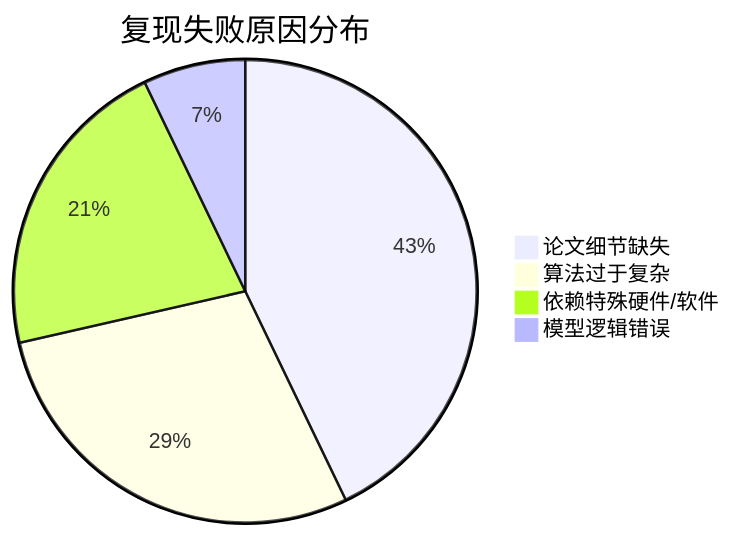
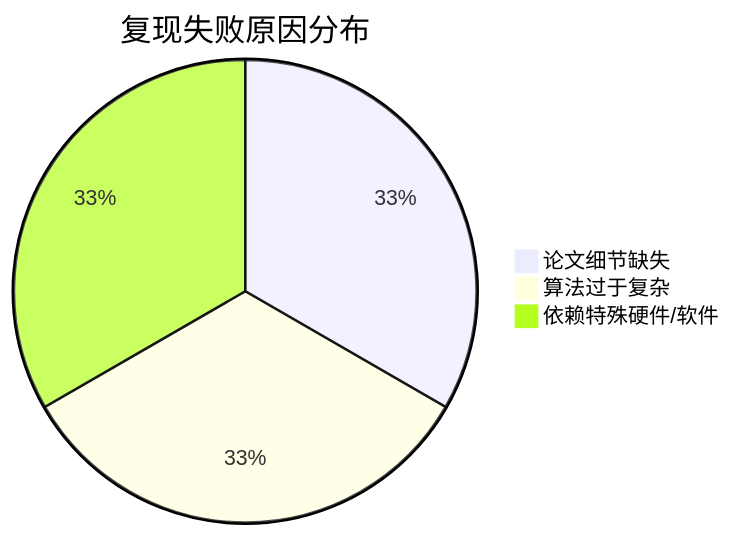
The fourth of 4 diagrams in 项目设计Document毕业论文参考.md (hongshixian/MultiAgentPaperCoder), drawn with Mermaid before and after one commit. The commit also changed other lines of this file, not shown here.

````diff
--- a/项目设计Document毕业论文参考.md
+++ b/项目设计Document毕业论文参考.md
@@ -290,8 +290,7 @@
 ```mermaid
 pie
     title 复现失败原因分布
-    "论文细节缺失" : 6
-    "算法过于复杂" : 4
-    "依赖特殊硬件/软件" : 3
-    "模型逻辑错误" : 1
+    "论文细节缺失" : 1
+    "算法过于复杂" : 1
+    "依赖特殊硬件/软件" : 1
 ```
````
